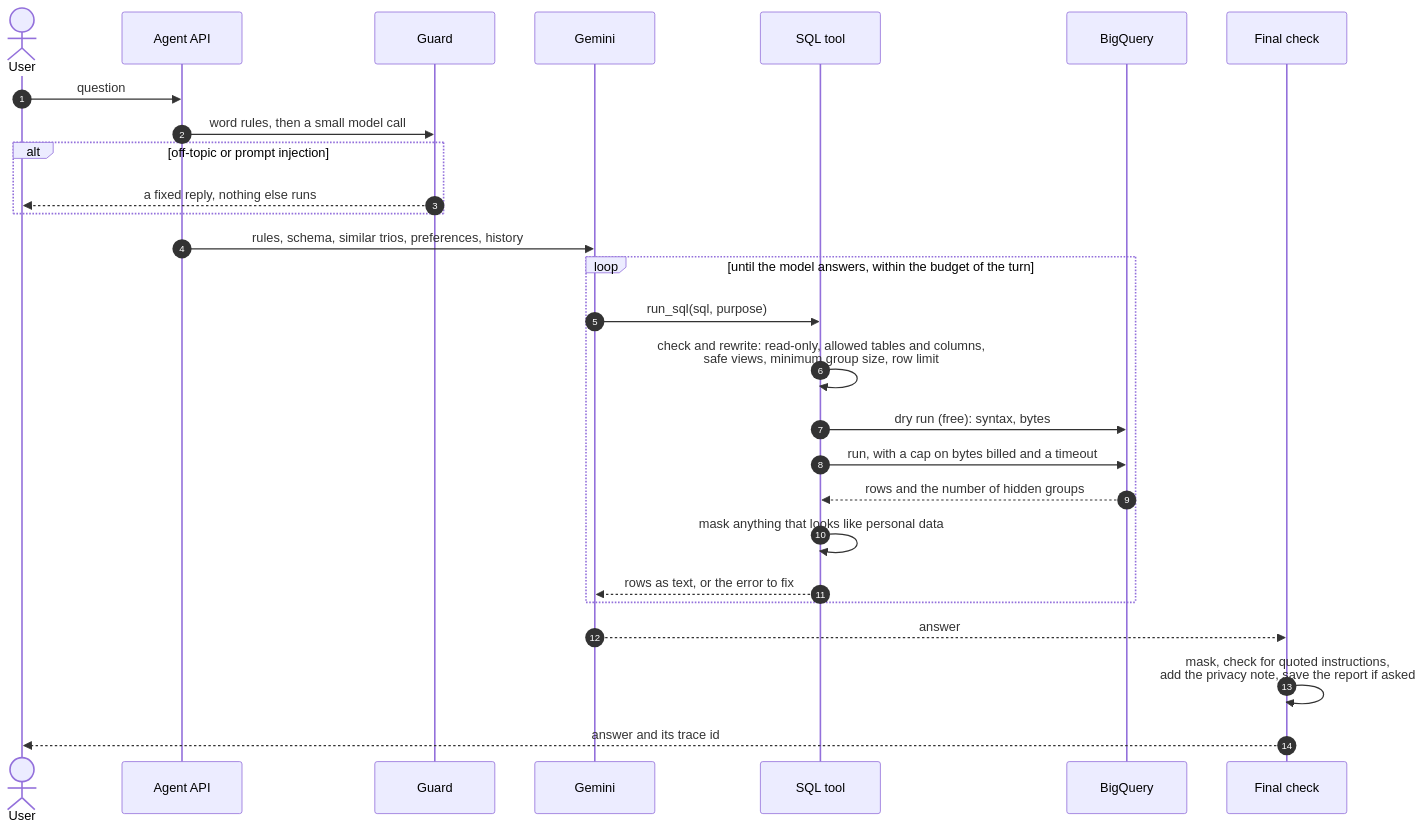
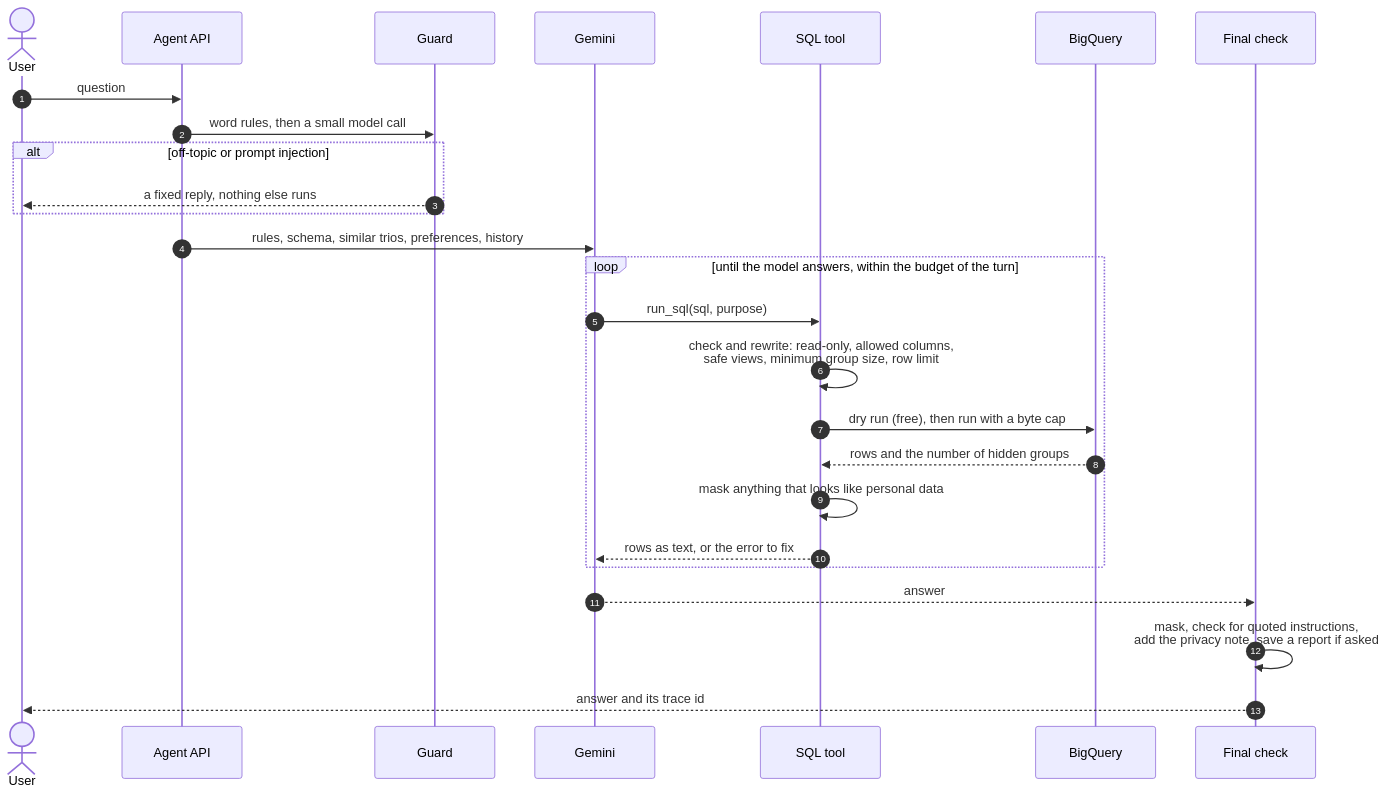
Before and after one commit to roman-s8o/da-assistant: the second of 4 diagrams in docs/ARCHITECTURE.md, drawn with Mermaid. The commit also changed other lines of this file, not shown here.

Commit message:
Write the high-level design in ARCHITECTURE.md

````diff
--- a/docs/ARCHITECTURE.md
+++ b/docs/ARCHITECTURE.md
@@ -236,29 +148,28 @@
 ```mermaid
 sequenceDiagram
     autonumber
     actor U as User
     participant API as Agent API
     participant G as Guard
     participant M as Gemini
     participant T as SQL tool
     participant BQ as BigQuery
     participant F as Final check
     U->>API: question
     API->>G: word rules, then a small model call
     alt off-topic or prompt injection
         G-->>U: a fixed reply, nothing else runs
     end
     API->>M: rules, schema, similar trios, preferences, history
     loop until the model answers, within the budget of the turn
         M->>T: run_sql(sql, purpose)
-        T->>T: check and rewrite: read-only, allowed tables and columns,<br/>safe views, minimum group size, row limit
-        T->>BQ: dry run (free): syntax, bytes
-        T->>BQ: run, with a cap on bytes billed and a timeout
+        T->>T: check and rewrite: read-only, allowed columns,<br/>safe views, minimum group size, row limit
+        T->>BQ: dry run (free), then run with a byte cap
         BQ-->>T: rows and the number of hidden groups
         T->>T: mask anything that looks like personal data
         T-->>M: rows as text, or the error to fix
     end
     M-->>F: answer
-    F->>F: mask, check for quoted instructions,<br/>add the privacy note, save the report if asked
+    F->>F: mask, check for quoted instructions,<br/>add the privacy note, save a report if asked
     F-->>U: answer and its trace id
 ```
````
